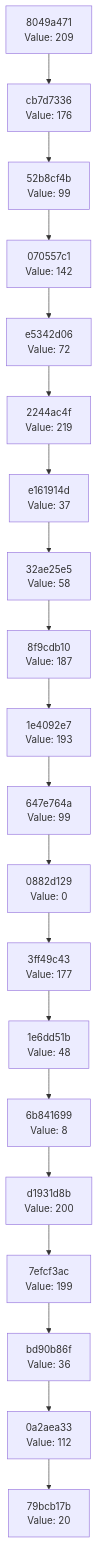
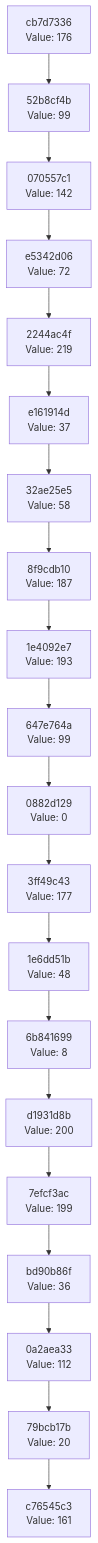
One commit to Abhisheksinha1506/hash-chain-evolver changed the diagram in docs/CHAIN_VISUALIZATION.md. Above: the diagram before and after it, drawn with Mermaid. The commit also changed 3 other files, not shown here.

````diff
--- a/docs/CHAIN_VISUALIZATION.md
+++ b/docs/CHAIN_VISUALIZATION.md
@@ -3,42 +3,42 @@
 ```mermaid
 graph TD
-    C0["79bcb17b<br/>Value: 20"]
-    C1["0a2aea33<br/>Value: 112"]
+    C0["c76545c3<br/>Value: 161"]
+    C1["79bcb17b<br/>Value: 20"]
     C1 --> C0
-    C2["bd90b86f<br/>Value: 36"]
+    C2["0a2aea33<br/>Value: 112"]
     C2 --> C1
-    C3["7efcf3ac<br/>Value: 199"]
+    C3["bd90b86f<br/>Value: 36"]
     C3 --> C2
-    C4["d1931d8b<br/>Value: 200"]
+    C4["7efcf3ac<br/>Value: 199"]
     C4 --> C3
-    C5["6b841699<br/>Value: 8"]
+    C5["d1931d8b<br/>Value: 200"]
     C5 --> C4
-    C6["1e6dd51b<br/>Value: 48"]
+    C6["6b841699<br/>Value: 8"]
     C6 --> C5
-    C7["3ff49c43<br/>Value: 177"]
+    C7["1e6dd51b<br/>Value: 48"]
     C7 --> C6
-    C8["0882d129<br/>Value: 0"]
+    C8["3ff49c43<br/>Value: 177"]
     C8 --> C7
-    C9["647e764a<br/>Value: 99"]
+    C9["0882d129<br/>Value: 0"]
     C9 --> C8
-    C10["1e4092e7<br/>Value: 193"]
+    C10["647e764a<br/>Value: 99"]
     C10 --> C9
-    C11["8f9cdb10<br/>Value: 187"]
+    C11["1e4092e7<br/>Value: 193"]
     C11 --> C10
-    C12["32ae25e5<br/>Value: 58"]
+    C12["8f9cdb10<br/>Value: 187"]
     C12 --> C11
-    C13["e161914d<br/>Value: 37"]
+    C13["32ae25e5<br/>Value: 58"]
     C13 --> C12
-    C14["2244ac4f<br/>Value: 219"]
+    C14["e161914d<br/>Value: 37"]
     C14 --> C13
-    C15["e5342d06<br/>Value: 72"]
+    C15["2244ac4f<br/>Value: 219"]
     C15 --> C14
-    C16["070557c1<br/>Value: 142"]
+    C16["e5342d06<br/>Value: 72"]
     C16 --> C15
-    C17["52b8cf4b<br/>Value: 99"]
+    C17["070557c1<br/>Value: 142"]
     C17 --> C16
-    C18["cb7d7336<br/>Value: 176"]
+    C18["52b8cf4b<br/>Value: 99"]
     C18 --> C17
-    C19["8049a471<br/>Value: 209"]
+    C19["cb7d7336<br/>Value: 176"]
     C19 --> C18
 ```
````
